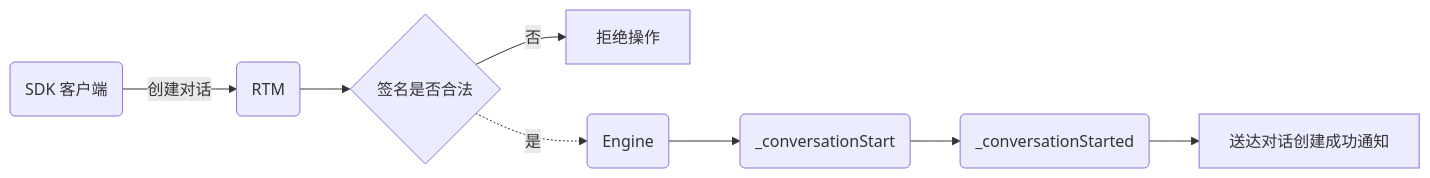
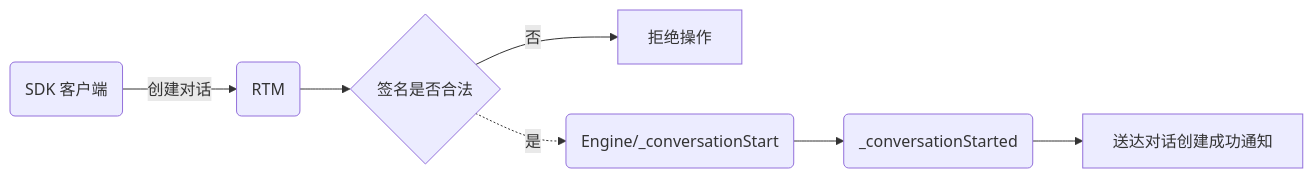
One commit to weakish/docs changed the fifth of 5 diagrams in views/realtime-guide-senior.md. Above: the diagram before and after it, drawn with Mermaid. The commit also changed other lines of this file and 1 other file, not shown here.

````diff
--- a/views/realtime-guide-senior.md
+++ b/views/realtime-guide-senior.md
@@ -456,10 +448,9 @@
 ```mermaid
 graph LR
 A(SDK 客户端) -->|创建对话|B(RTM)
 B --> C{签名是否合法}
 C -->|否| D[拒绝操作]
-C -.->|是| E(Engine)
-E --> F(_conversationStart)
-F --> G(_conversationStarted)
+C -.->|是| E(Engine/_conversationStart)
+E --> G(_conversationStarted)
 G --> H[送达对话创建成功通知]
 ```
````
